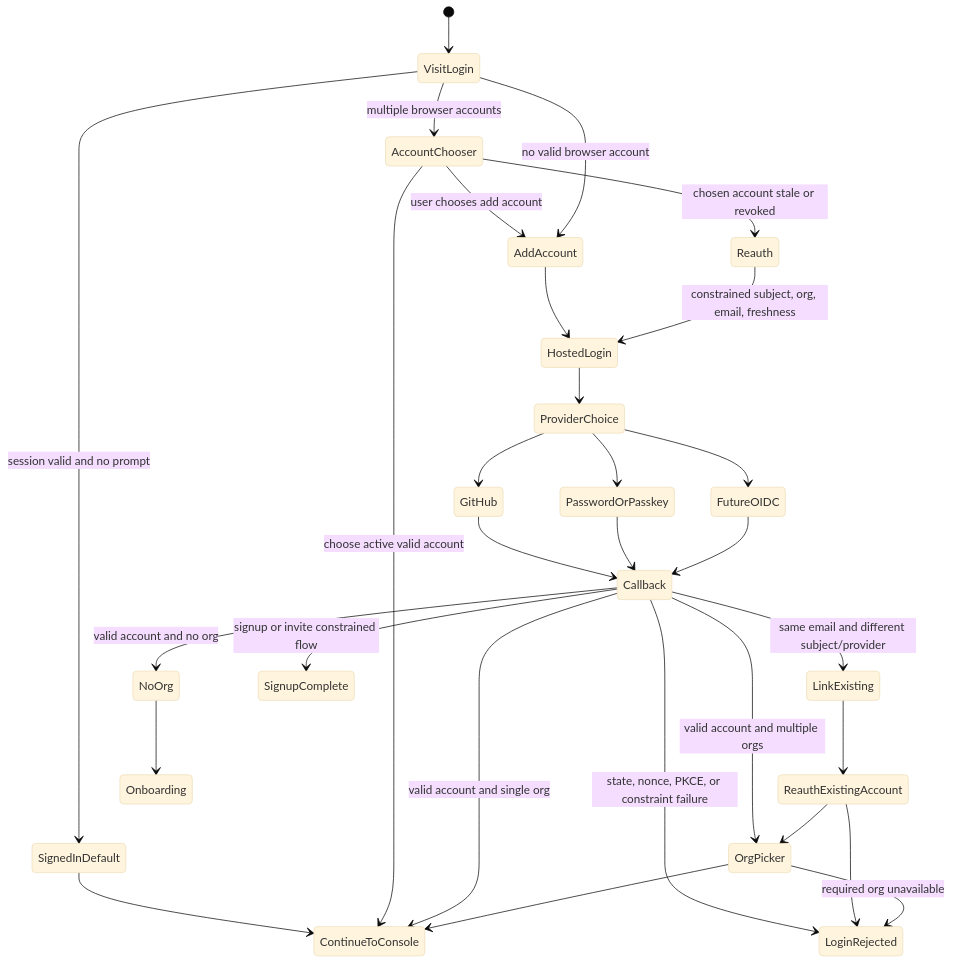
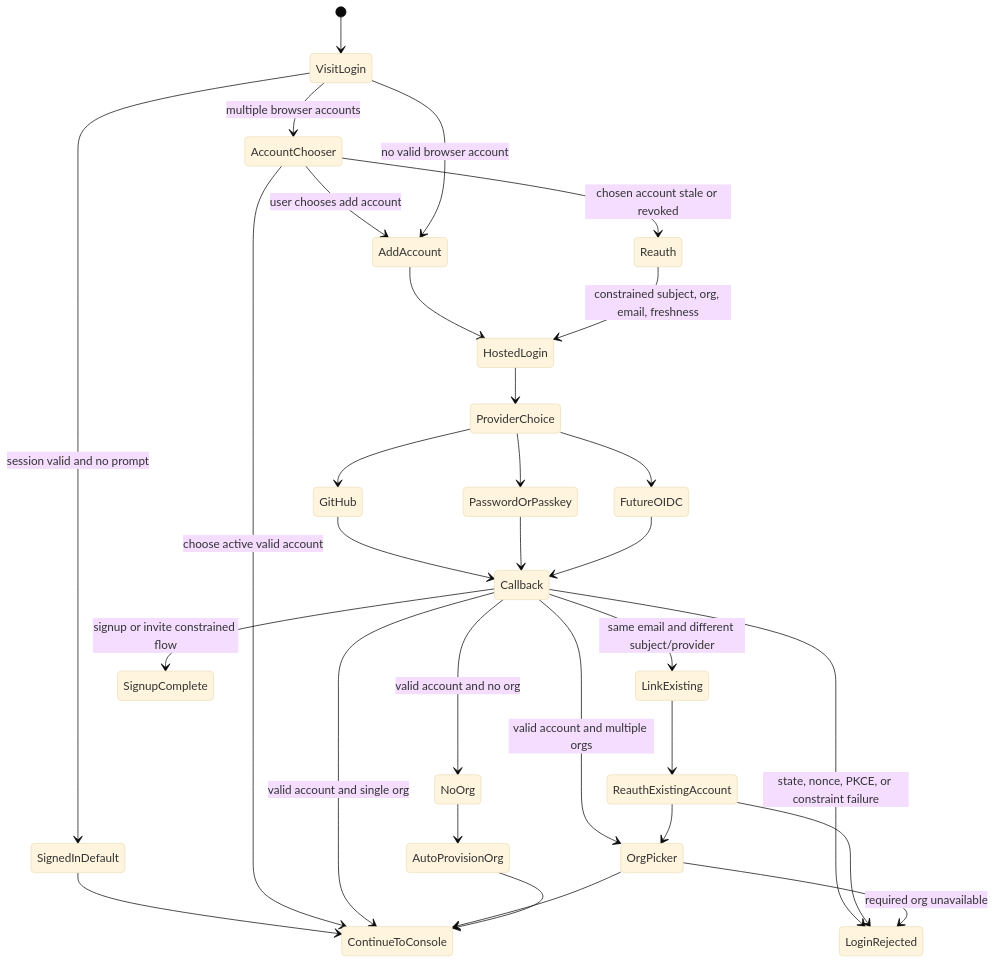
One commit to guardian-intelligence/verself changed the third of 4 diagrams in docs/iam-service.md. Above: the diagram before and after it, drawn with Mermaid (base theme). The commit also changed other lines of this file and 11 other files, not shown here.

````diff
--- a/docs/iam-service.md
+++ b/docs/iam-service.md
@@ -694,40 +695,41 @@
 ```mermaid
 stateDiagram-v2
   [*] --> VisitLogin
 
   VisitLogin --> SignedInDefault: session valid and no prompt
   SignedInDefault --> ContinueToConsole
 
   VisitLogin --> AccountChooser: multiple browser accounts
   AccountChooser --> ContinueToConsole: choose active valid account
   AccountChooser --> Reauth: chosen account stale or revoked
   AccountChooser --> AddAccount: user chooses add account
 
   VisitLogin --> AddAccount: no valid browser account
   AddAccount --> HostedLogin
   Reauth --> HostedLogin: constrained subject, org, email, freshness
 
   HostedLogin --> ProviderChoice
   ProviderChoice --> GitHub
   ProviderChoice --> PasswordOrPasskey
   ProviderChoice --> FutureOIDC
 
   GitHub --> Callback
   PasswordOrPasskey --> Callback
   FutureOIDC --> Callback
 
   Callback --> LoginRejected: state, nonce, PKCE, or constraint failure
   Callback --> LinkExisting: same email and different subject/provider
   Callback --> OrgPicker: valid account and multiple orgs
   Callback --> ContinueToConsole: valid account and single org
   Callback --> NoOrg: valid account and no org
   Callback --> SignupComplete: signup or invite constrained flow
 
   LinkExisting --> ReauthExistingAccount
   ReauthExistingAccount --> OrgPicker
   ReauthExistingAccount --> LoginRejected
 
   OrgPicker --> ContinueToConsole
   OrgPicker --> LoginRejected: required org unavailable
-  NoOrg --> Onboarding
+  NoOrg --> AutoProvisionOrg
+  AutoProvisionOrg --> ContinueToConsole
 ```
````
